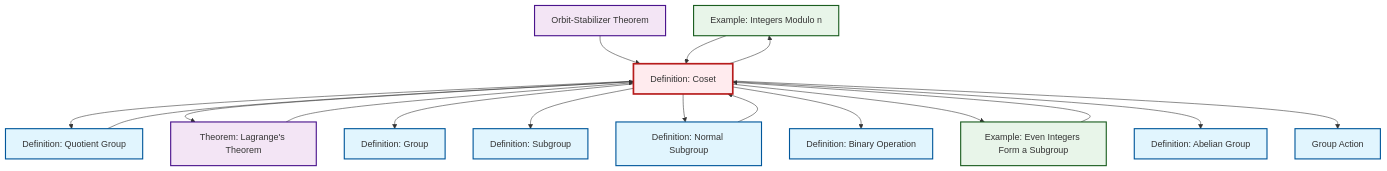
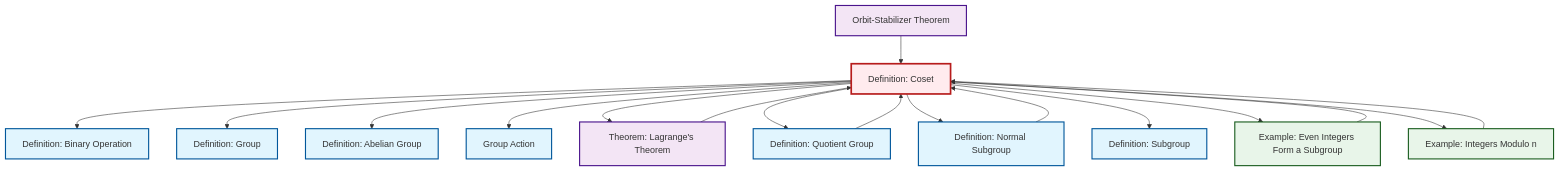
One commit to RK0429/ModernMath changed the diagram in content/ja/algebra/def-coset.qmd. Above: the diagram before and after it, drawn with Mermaid. The commit also changed other lines of this file and 581 other files, not shown here.

````diff
--- a/content/ja/algebra/def-coset.qmd
+++ b/content/ja/algebra/def-coset.qmd
@@ -162,49 +162,49 @@
 ```{mermaid}
 %%| fig-cap: "Local dependency graph"
 graph TD
     classDef definition fill:#e1f5fe,stroke:#01579b,stroke-width:2px
     classDef theorem fill:#f3e5f5,stroke:#4a148c,stroke-width:2px
     classDef axiom fill:#fff3e0,stroke:#e65100,stroke-width:2px
     classDef example fill:#e8f5e9,stroke:#1b5e20,stroke-width:2px
     classDef current fill:#ffebee,stroke:#b71c1c,stroke-width:3px
-    ex-quotient-integers-mod-n["Example: Integers Modulo n"]:::example
-    def-group["Definition: Group"]:::definition
-    def-coset["Definition: Coset"]:::definition
-    thm-lagrange["Theorem: Lagrange's Theorem"]:::theorem
-    def-quotient-group["Definition: Quotient Group"]:::definition
     def-binary-operation["Definition: Binary Operation"]:::definition
     def-subgroup["Definition: Subgroup"]:::definition
     thm-orbit-stabilizer["Orbit-Stabilizer Theorem"]:::theorem
+    def-group-action["Group Action"]:::definition
+    def-quotient-group["Definition: Quotient Group"]:::definition
+    thm-lagrange["Theorem: Lagrange's Theorem"]:::theorem
+    def-abelian-group["Definition: Abelian Group"]:::definition
+    def-coset["Definition: Coset"]:::definition
+    def-group["Definition: Group"]:::definition
     ex-even-integers-subgroup["Example: Even Integers Form a Subgroup"]:::example
-    def-abelian-group["Definition: Abelian Group"]:::definition
-    def-group-action["Group Action"]:::definition
     def-normal-subgroup["Definition: Normal Subgroup"]:::definition
-    def-coset --> def-quotient-group
-    ex-even-integers-subgroup --> def-coset
-    def-coset --> thm-lagrange
-    def-coset --> def-group
-    def-coset --> def-subgroup
+    ex-quotient-integers-mod-n["Example: Integers Modulo n"]:::example
     thm-orbit-stabilizer --> def-coset
-    def-quotient-group --> def-coset
-    def-coset --> def-normal-subgroup
-    ex-quotient-integers-mod-n --> def-coset
     def-normal-subgroup --> def-coset
     def-coset --> def-binary-operation
+    ex-quotient-integers-mod-n --> def-coset
+    def-coset --> def-group
+    def-coset --> def-abelian-group
+    def-quotient-group --> def-coset
+    ex-even-integers-subgroup --> def-coset
+    def-coset --> def-group-action
+    def-coset --> thm-lagrange
+    thm-lagrange --> def-coset
+    def-coset --> def-quotient-group
+    def-coset --> def-normal-subgroup
+    def-coset --> def-subgroup
     def-coset --> ex-even-integers-subgroup
-    thm-lagrange --> def-coset
-    def-coset --> def-abelian-group
     def-coset --> ex-quotient-integers-mod-n
-    def-coset --> def-group-action
     class def-coset current
-    click ex-quotient-integers-mod-n "ex-quotient-integers-mod-n.html" "Example: Integers Modulo nへ"
-    click def-group "def-group.html" "Definition: Groupへ"
-    click thm-lagrange "thm-lagrange.html" "Theorem: Lagrange's Theoremへ"
-    click def-quotient-group "def-quotient-group.html" "Definition: Quotient Groupへ"
     click def-binary-operation "def-binary-operation.html" "Definition: Binary Operationへ"
     click def-subgroup "def-subgroup.html" "Definition: Subgroupへ"
     click thm-orbit-stabilizer "thm-orbit-stabilizer.html" "Orbit-Stabilizer Theoremへ"
+    click def-group-action "def-group-action.html" "Group Actionへ"
+    click def-quotient-group "def-quotient-group.html" "Definition: Quotient Groupへ"
+    click thm-lagrange "thm-lagrange.html" "Theorem: Lagrange's Theoremへ"
+    click def-abelian-group "def-abelian-group.html" "Definition: Abelian Groupへ"
+    click def-group "def-group.html" "Definition: Groupへ"
     click ex-even-integers-subgroup "ex-even-integers-subgroup.html" "Example: Even Integers Form a Subgroupへ"
-    click def-abelian-group "def-abelian-group.html" "Definition: Abelian Groupへ"
-    click def-group-action "def-group-action.html" "Group Actionへ"
     click def-normal-subgroup "def-normal-subgroup.html" "Definition: Normal Subgroupへ"
+    click ex-quotient-integers-mod-n "ex-quotient-integers-mod-n.html" "Example: Integers Modulo nへ"
 ```
````
